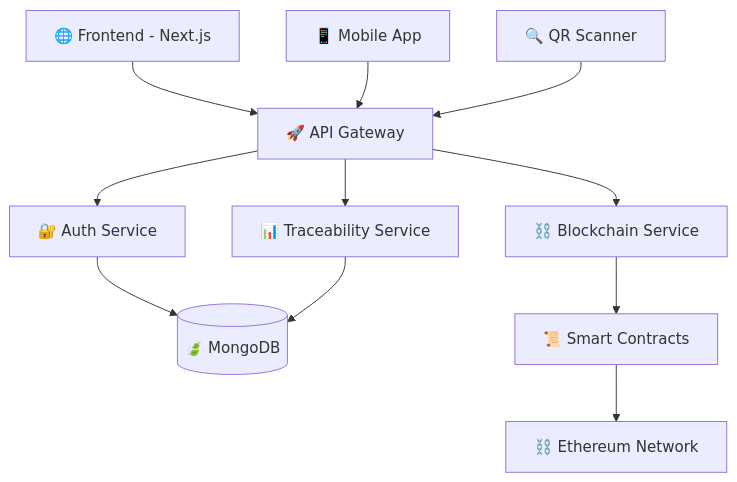
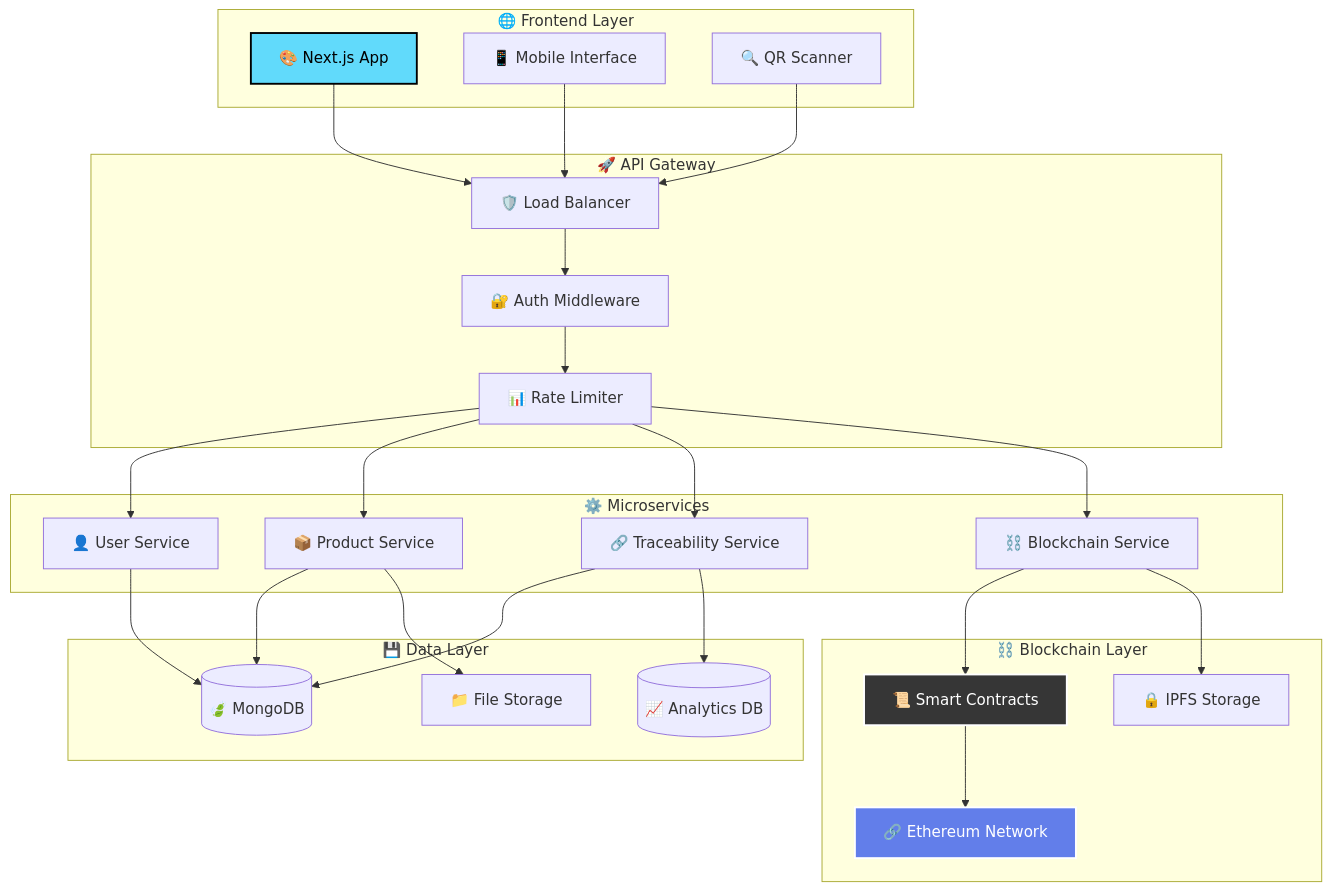
The diagram in README.md (zh13uu/a), drawn with Mermaid before and after one commit. The commit also changed other lines of this file, not shown here.

````diff
--- a/README.md
+++ b/README.md
@@ -115,15 +103,56 @@
 ```mermaid
 graph TB
-    A[🌐 Frontend - Next.js] --> B[🚀 API Gateway]
-    B --> C[🔐 Auth Service]
-    B --> D[📊 Traceability Service]
-    B --> E[⛓️ Blockchain Service]
+    subgraph "🌐 Frontend Layer"
+        A[🎨 Next.js App]
+        B[📱 Mobile Interface]
+        C[🔍 QR Scanner]
+    end
     
-    C --> F[(🍃 MongoDB)]
-    D --> F
-    E --> G[📜 Smart Contracts]
-    G --> H[⛓️ Ethereum Network]
+    subgraph "🚀 API Gateway"
+        D[🛡️ Load Balancer]
+        E[🔐 Auth Middleware]
+        F[📊 Rate Limiter]
+    end
     
-    I[📱 Mobile App] --> B
-    J[🔍 QR Scanner] --> B
+    subgraph "⚙️ Microservices"
+        G[👤 User Service]
+        H[📦 Product Service]
+        I[🔗 Traceability Service]
+        J[⛓️ Blockchain Service]
+    end
+    
+    subgraph "💾 Data Layer"
+        K[(🍃 MongoDB)]
+        L[(📈 Analytics DB)]
+        M[📁 File Storage]
+    end
+    
+    subgraph "⛓️ Blockchain Layer"
+        N[📜 Smart Contracts]
+        O[🔗 Ethereum Network]
+        P[🔒 IPFS Storage]
+    end
+    
+    A --> D
+    B --> D
+    C --> D
+    D --> E
+    E --> F
+    F --> G
+    F --> H
+    F --> I
+    F --> J
+    
+    G --> K
+    H --> K
+    I --> K
+    J --> N
+    N --> O
+    I --> L
+    H --> M
+    J --> P
+    
+    style A fill:#61DAFB,stroke:#000,stroke-width:2px,color:#000
+    style N fill:#363636,stroke:#fff,stroke-width:2px,color:#fff
+    style O fill:#627EEA,stroke:#fff,stroke-width:2px,color:#fff
 ```
````
